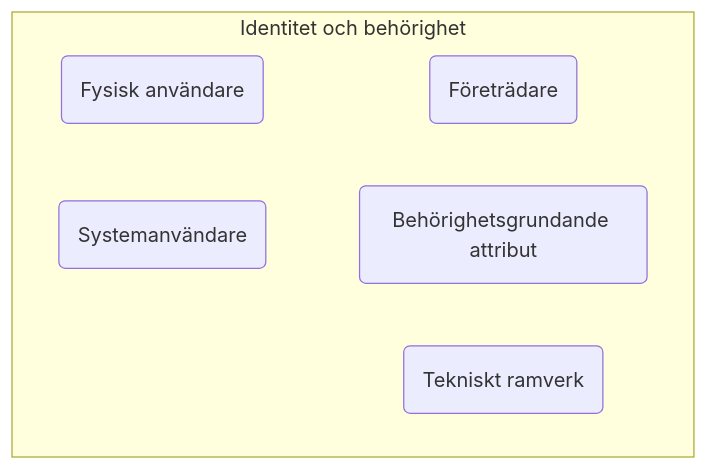
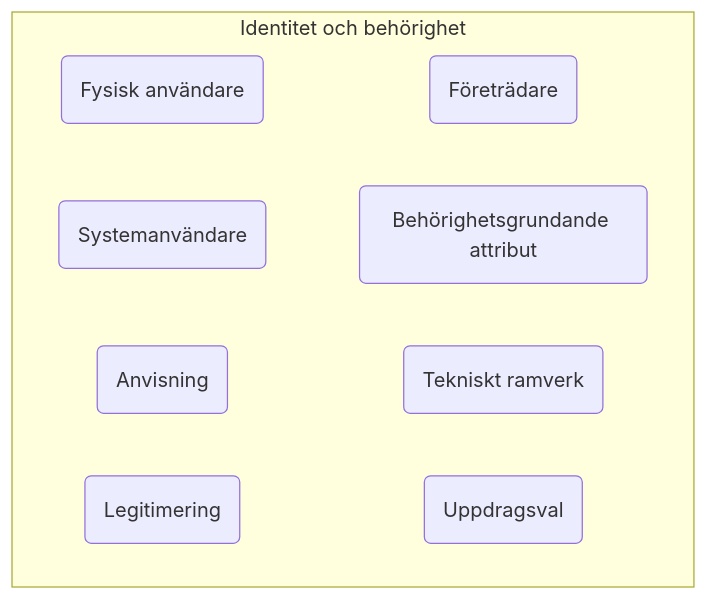
Before and after one commit to diggsweden/ena-authorization: the tenth of 13 diagrams in architecture/drafts/IAM_TargetArchitecture_Sweden.md, drawn with Mermaid. The commit also changed other lines of this file, not shown here.

````diff
--- a/architecture/drafts/IAM_TargetArchitecture_Sweden.md
+++ b/architecture/drafts/IAM_TargetArchitecture_Sweden.md
@@ -418,14 +424,18 @@
 ```mermaid
 graph TB
 subgraph ib[Identitet och behörighet]
     fa(Fysisk användare)
     sa(Systemanvändare)
     ba(Behörighetsgrundande attribut)
     fr(Företrädare)
     tp(Tekniskt ramverk)
+    a(Anvisning)
+    l(Legitimering)
+    uv(Uppdragsval)
 
     fa~~~fr
     sa~~~ba
-    tp
+    a~~~tp
+    l~~~uv
 end
 ```
````
